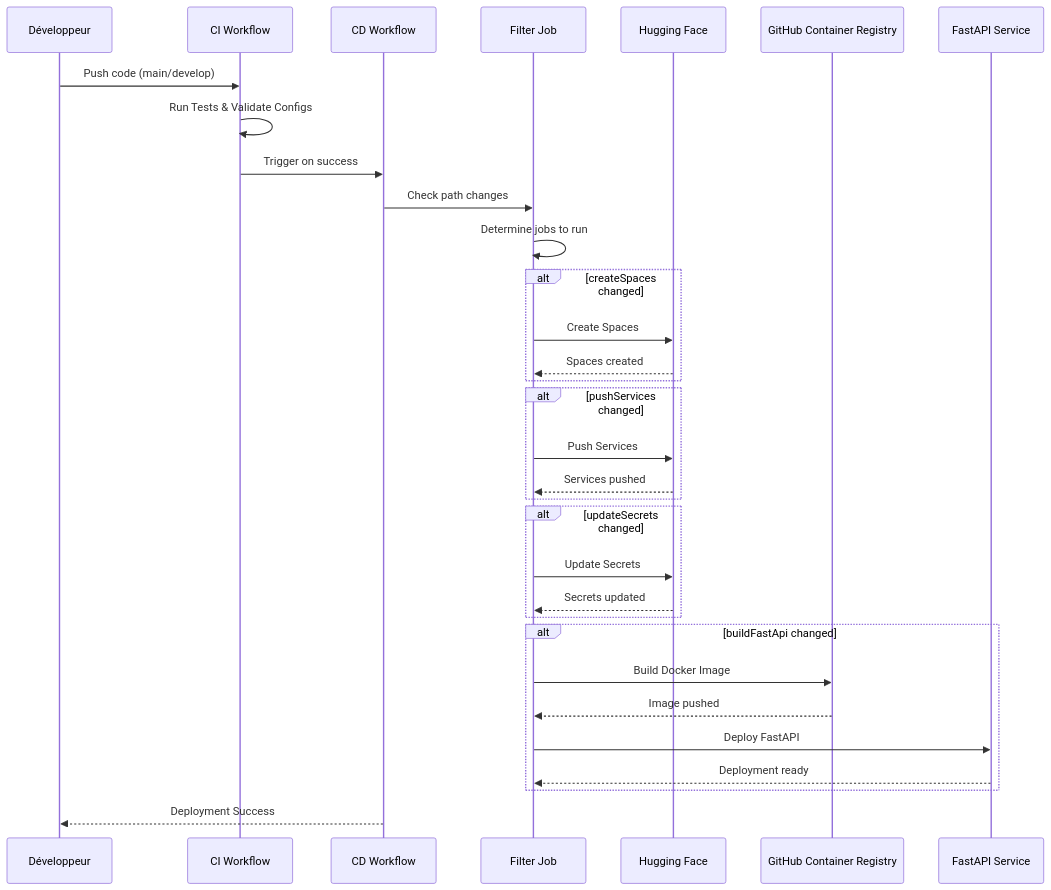
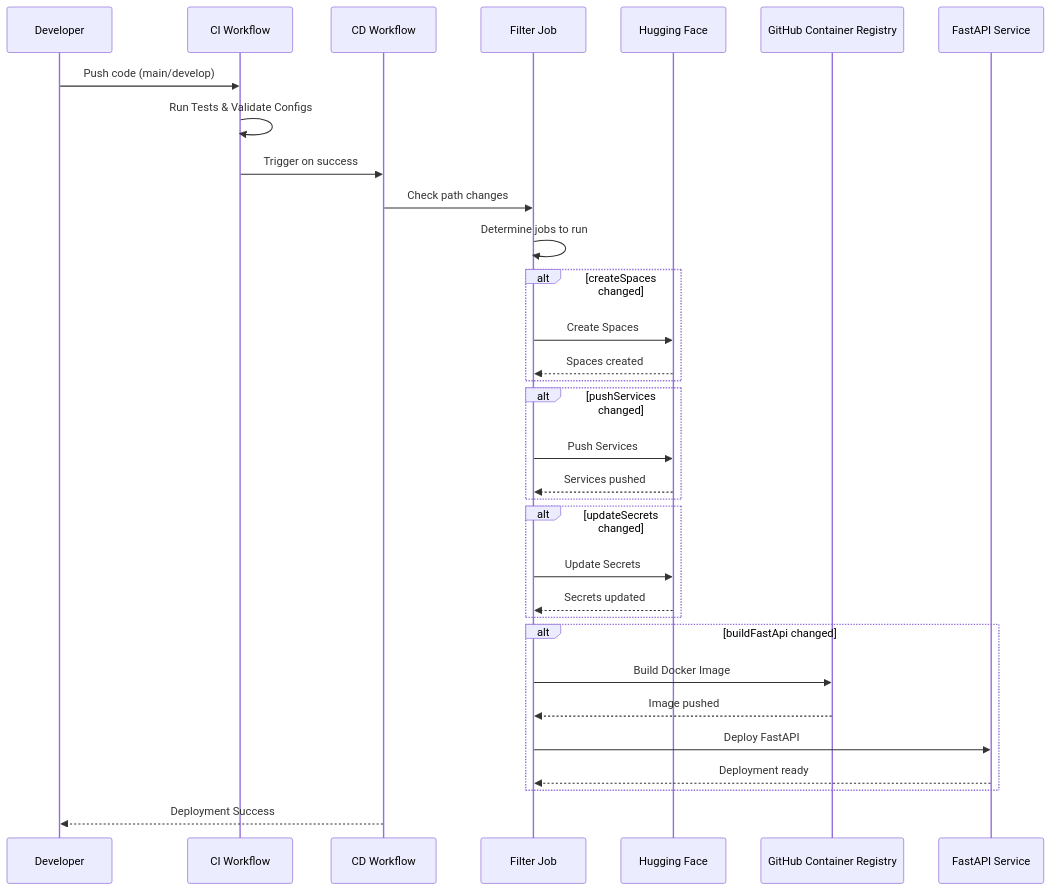
The second of 2 diagrams in Services/docsify/docs/cicd.md (jinsudai/jinsudai), drawn with Mermaid before and after one commit. The commit also changed other lines of this file and 3 other files, not shown here.

````diff
--- a/Services/docsify/docs/cicd.md
+++ b/Services/docsify/docs/cicd.md
@@ -40,40 +40,40 @@
 ```mermaid
 sequenceDiagram
-    participant Dev as Développeur
+    participant Dev as Developer
     participant CI as CI Workflow
     participant CD as CD Workflow
     participant Filter as Filter Job
     participant HF as Hugging Face
     participant GHCR as GitHub Container Registry
     participant API as FastAPI Service
     
     Dev->>CI: Push code (main/develop)
     CI->>CI: Run Tests & Validate Configs
     CI->>CD: Trigger on success
     CD->>Filter: Check path changes
     Filter->>Filter: Determine jobs to run
     
     alt createSpaces changed
         Filter->>HF: Create Spaces
         HF-->>Filter: Spaces created
     end
     
     alt pushServices changed
         Filter->>HF: Push Services
         HF-->>Filter: Services pushed
     end
     
     alt updateSecrets changed
         Filter->>HF: Update Secrets
         HF-->>Filter: Secrets updated
     end
     
     alt buildFastApi changed
         Filter->>GHCR: Build Docker Image
         GHCR-->>Filter: Image pushed
         Filter->>API: Deploy FastAPI
         API-->>Filter: Deployment ready
     end
     
     CD-->>Dev: Deployment Success
 ```
````
